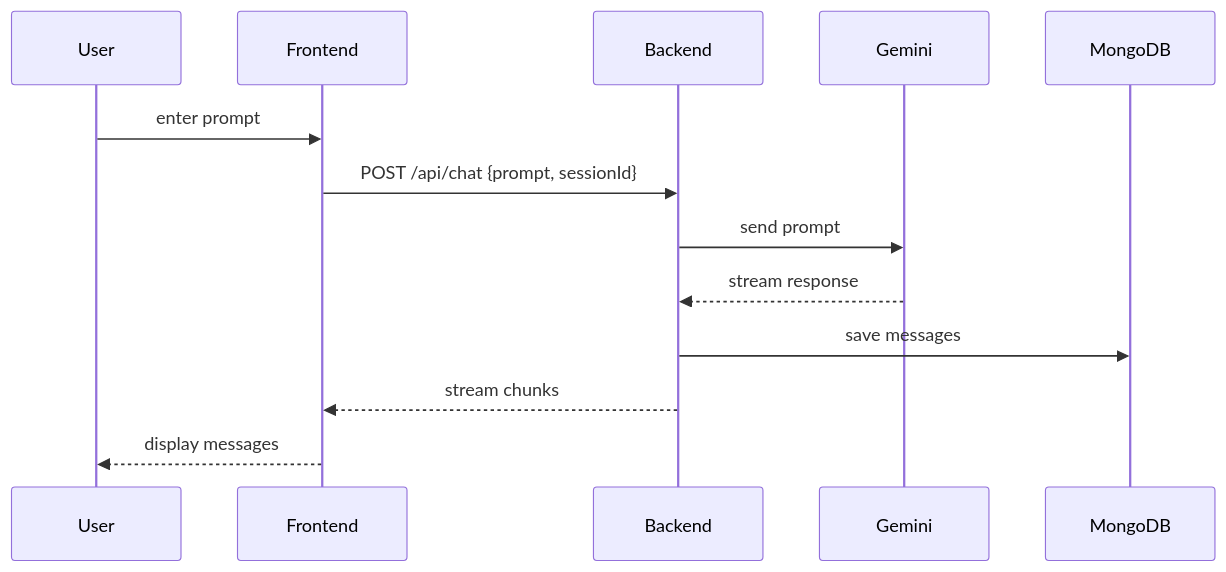
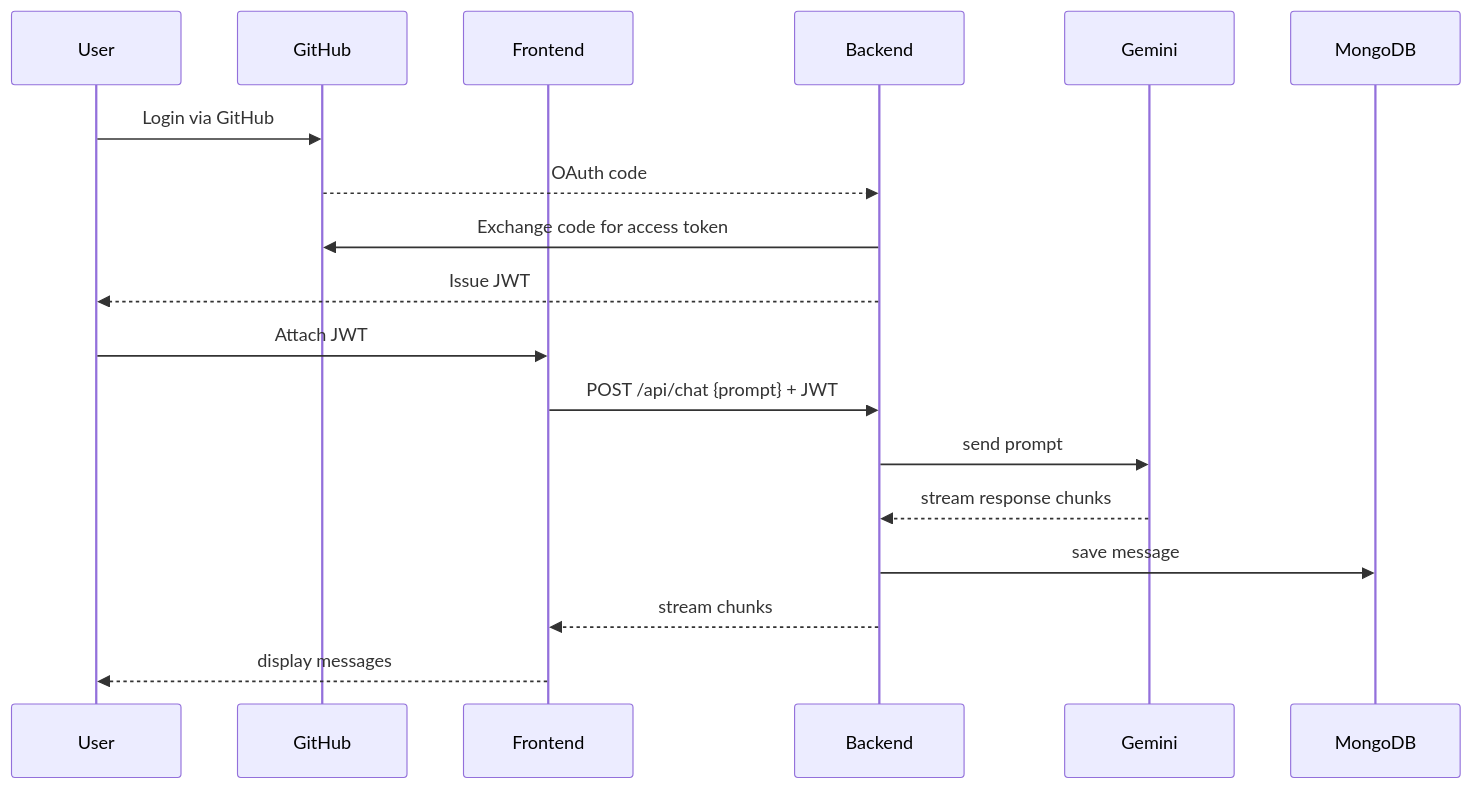
The second of 2 diagrams in README.md (AnupamKumar-1/cogniG), drawn with Mermaid before and after one commit. The commit also changed other lines of this file, not shown here.

````diff
--- a/README.md
+++ b/README.md
@@ -38,16 +47,21 @@
 ```mermaid
 sequenceDiagram
   participant U as User
+  participant GH as GitHub
   participant F as Frontend
   participant B as Backend
   participant G as Gemini
   participant M as MongoDB
 
-  U->>F: enter prompt
-  F->>B: POST /api/chat {prompt, sessionId}
+  U->>GH: Login via GitHub
+  GH-->>B: OAuth code
+  B->>GH: Exchange code for access token
+  B-->>U: Issue JWT
+  U->>F: Attach JWT
+  F->>B: POST /api/chat {prompt} + JWT
   B->>G: send prompt
-  G-->>B: stream response
-  B->>M: save messages
+  G-->>B: stream response chunks
+  B->>M: save message
   B-->>F: stream chunks
   F-->>U: display messages
 ```
````
